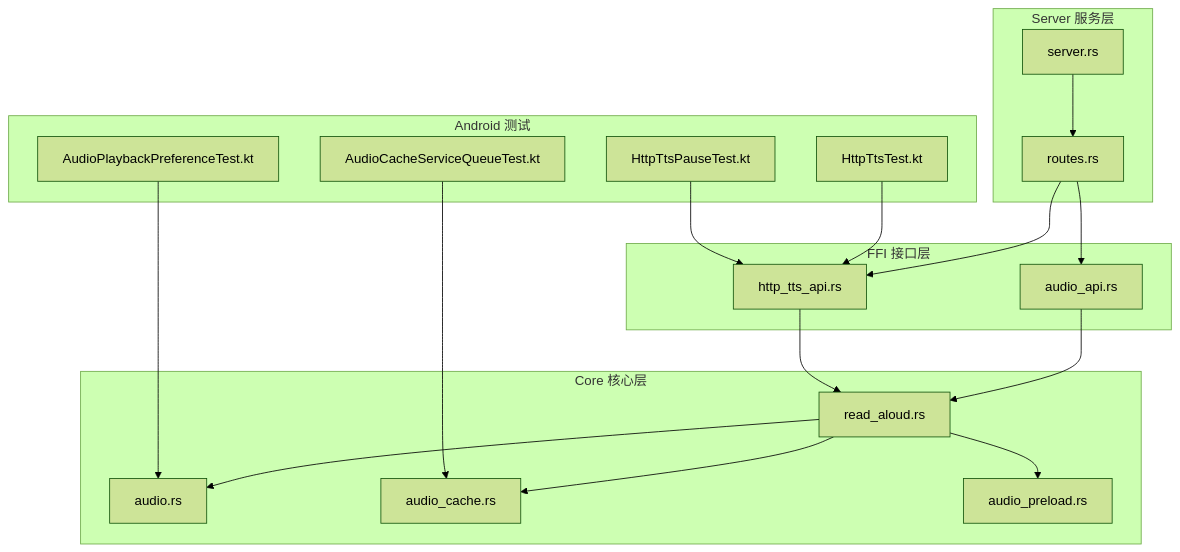
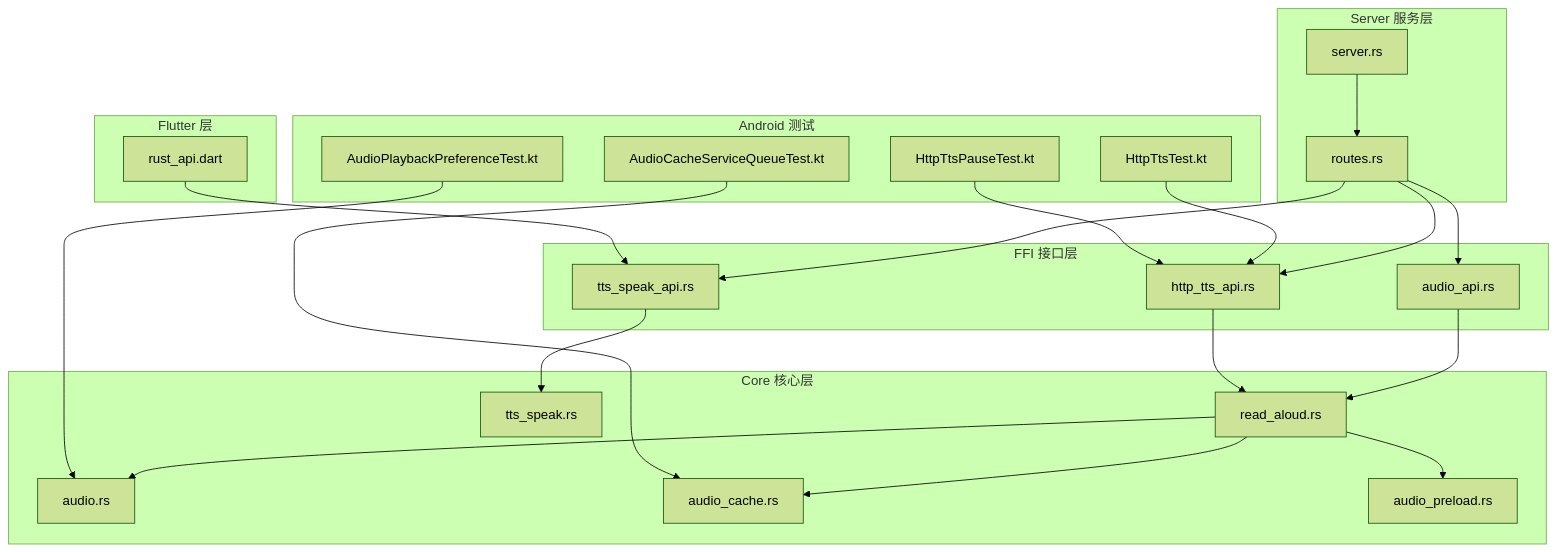
Before and after one commit to ZhangGHGitHub/LegadoTeamFlutter: the first of 7 diagrams in .qoder/repowiki/zh/content/API参考/RESTful API接口/音频TTS API.md, drawn with Mermaid (forest theme). The commit also changed other lines of this file and 173 other files, not shown here.

````diff
--- a/.qoder/repowiki/zh/content/API参考/RESTful API接口/音频TTS API.md
+++ b/.qoder/repowiki/zh/content/API参考/RESTful API接口/音频TTS API.md
@@ -41,35 +54,43 @@
 ```mermaid
 graph TB
 subgraph "FFI 接口层"
 A["audio_api.rs"]
 B["http_tts_api.rs"]
+C["tts_speak_api.rs"]
 end
 subgraph "Core 核心层"
-C["read_aloud.rs"]
-D["audio.rs"]
-E["audio_cache.rs"]
-F["audio_preload.rs"]
+D["read_aloud.rs"]
+E["audio.rs"]
+F["audio_cache.rs"]
+G["audio_preload.rs"]
+H["tts_speak.rs"]
 end
 subgraph "Server 服务层"
-G["server.rs"]
-H["routes.rs"]
+I["server.rs"]
+J["routes.rs"]
+end
+subgraph "Flutter 层"
+K["rust_api.dart"]
 end
 subgraph "Android 测试"
-I["HttpTtsTest.kt"]
-J["HttpTtsPauseTest.kt"]
-K["AudioCacheServiceQueueTest.kt"]
-L["AudioPlaybackPreferenceTest.kt"]
+L["HttpTtsTest.kt"]
+M["HttpTtsPauseTest.kt"]
+N["AudioCacheServiceQueueTest.kt"]
+O["AudioPlaybackPreferenceTest.kt"]
 end
-A --> C
-B --> C
-C --> D
-C --> E
-C --> F
-G --> H
-H --> A
-H --> B
-I --> B
+A --> D
+B --> D
+C --> H
+D --> E
+D --> F
+D --> G
+I --> J
+J --> A
 J --> B
-K --> E
-L --> D
+J --> C
+K --> C
+L --> B
+M --> B
+N --> F
+O --> E
 ```
````
